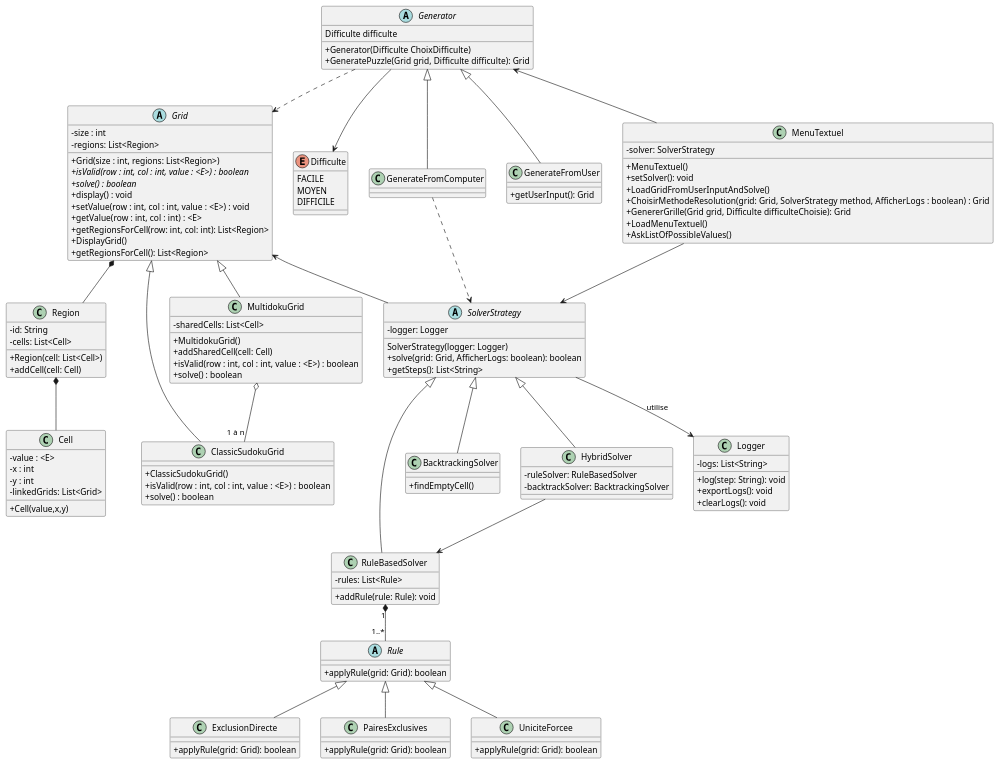
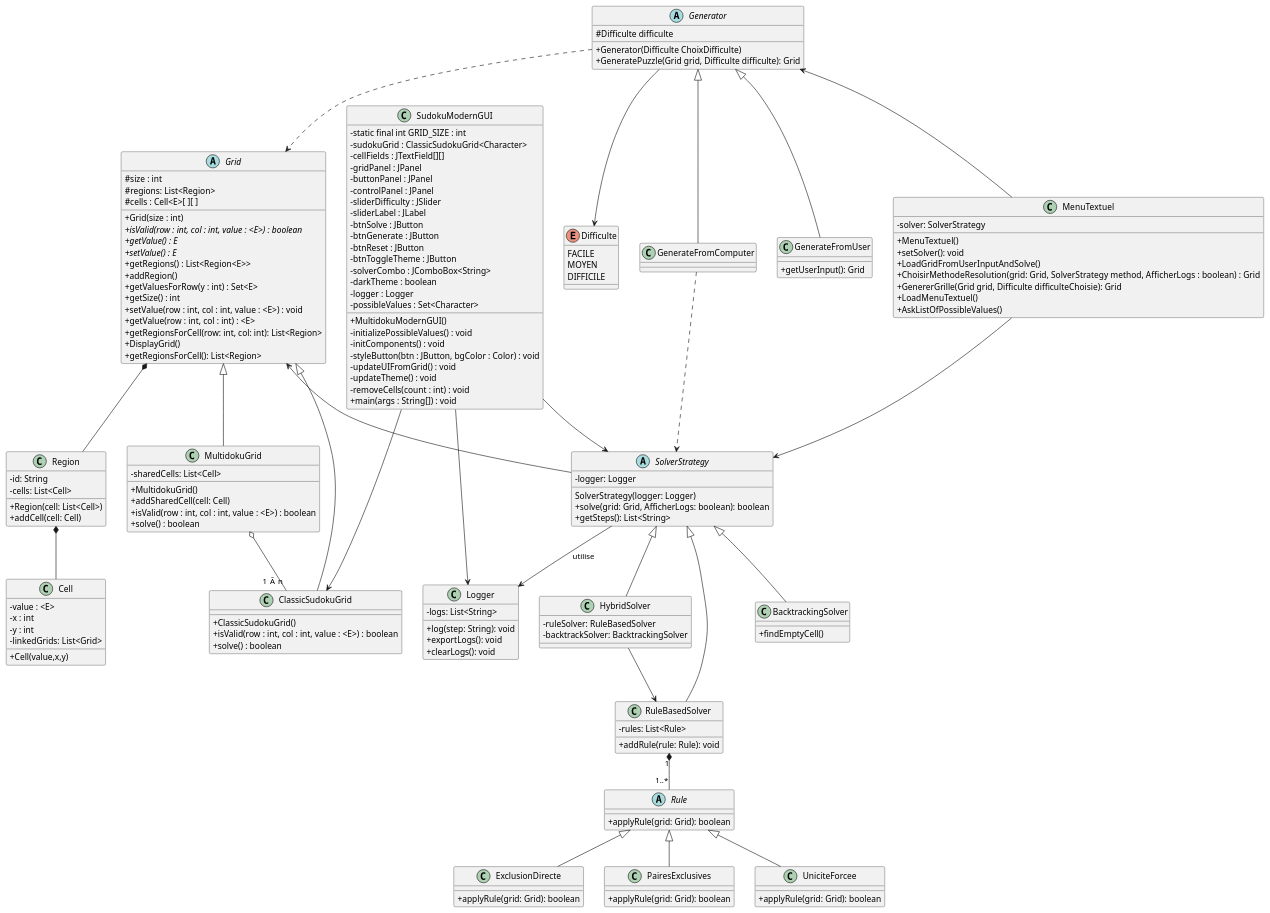
One commit to PolytechLyon/SudokuAPO changed the diagram in ClassDiagram.puml. Above: the diagram before and after it, drawn with PlantUML. The commit also changed 1 other file, not shown here.

```diff
--- a/ClassDiagram.puml
+++ b/ClassDiagram.puml
@@ -1,149 +1,185 @@
 @startuml
 skinparam classAttributeIconSize 0
 'https://plantuml.com/class-diagram
 
 abstract class Grid{
-    - size : int
-    - regions: List<Region>
-    + Grid(size : int, regions: List<Region>)
+    # size : int
+    # regions: List<Region>
+    # cells : Cell<E>[ ][ ]
+    + Grid(size : int)
     + {abstract} isValid(row : int, col : int, value : <E>) : boolean
-    + {abstract} solve() : boolean
-    + display() : void
+    + {abstract} getValue() : E
+    + {abstract} setValue() : E
+    + getRegions() : List<Region<E>>
+    + addRegion()
+    + getValuesForRow(y : int) : Set<E>
+    + getSize() : int
     + setValue(row : int, col : int, value : <E>) : void
     + getValue(row : int, col : int) : <E>
     + getRegionsForCell(row: int, col: int): List<Region>
     + DisplayGrid()
     + getRegionsForCell(): List<Region>
 }
 
 class Region {
     - id: String
     - cells: List<Cell>
     +Region(cell: List<Cell>)
     + addCell(cell: Cell)
 }
 
 class Cell {
     -value : <E>
     -x : int
     -y : int
     - linkedGrids: List<Grid>
     +Cell(value,x,y)
 }
 
 class ClassicSudokuGrid{
     + ClassicSudokuGrid()
     + isValid(row : int, col : int, value : <E>) : boolean
     + solve() : boolean
 }
 
 class MultidokuGrid{
     - sharedCells: List<Cell>
     + MultidokuGrid()
     + addSharedCell(cell: Cell)
     + isValid(row : int, col : int, value : <E>) : boolean
     + solve() : boolean
 }
 
 abstract class Rule {
     + applyRule(grid: Grid): boolean
 }
 class ExclusionDirecte extends Rule {
     + applyRule(grid: Grid): boolean
 }
 class PairesExclusives extends Rule {
     + applyRule(grid: Grid): boolean
 }
 class UniciteForcee extends Rule {
     + applyRule(grid: Grid): boolean
 }
 
 enum Difficulte{
     FACILE
     MOYEN
     DIFFICILE
 }
 
 Generator --> Difficulte
 
 Abstract class Generator {
-    Difficulte difficulte
+    # Difficulte difficulte
     + Generator(Difficulte ChoixDifficulte)
     +GeneratePuzzle(Grid grid, Difficulte difficulte): Grid
 }
 Generator ..> Grid
 
 class GenerateFromComputer extends Generator{
 }
 
 class GenerateFromUser extends Generator{
     + getUserInput(): Grid
 }
 
 class MenuTextuel {
     - solver: SolverStrategy
     +MenuTextuel()
     + setSolver(): void
     +LoadGridFromUserInputAndSolve()
     +ChoisirMethodeResolution(grid: Grid, SolverStrategy method, AfficherLogs : boolean) : Grid
     +GenererGrille(Grid grid, Difficulte difficulteChoisie): Grid
     +LoadMenuTextuel()
     +AskListOfPossibleValues()
 }
 
 MenuTextuel --> SolverStrategy
 
 
 
 class RuleBasedSolver {
     - rules: List<Rule>
     + addRule(rule: Rule): void
 }
 
 class BacktrackingSolver {
     +findEmptyCell()
 }
 
 class HybridSolver {
     - ruleSolver: RuleBasedSolver
     - backtrackSolver: BacktrackingSolver
 }
 
 class Logger {
     - logs: List<String>
     + log(step: String): void
     + exportLogs(): void
     + clearLogs(): void
 }
 
 abstract class SolverStrategy {
     - logger: Logger
     SolverStrategy(logger: Logger)
     + solve(grid: Grid, AfficherLogs: boolean): boolean
     + getSteps(): List<String>
 }
 
+class SudokuModernGUI {
+  - static final int GRID_SIZE : int
+  - sudokuGrid : ClassicSudokuGrid<Character>
+  - cellFields : JTextField[][]
+  - gridPanel : JPanel
+  - buttonPanel : JPanel
+  - controlPanel : JPanel
+  - sliderDifficulty : JSlider
+  - sliderLabel : JLabel
+  - btnSolve : JButton
+  - btnGenerate : JButton
+  - btnReset : JButton
+  - btnToggleTheme : JButton
+  - solverCombo : JComboBox<String>
+  - darkTheme : boolean
+  - logger : Logger
+  - possibleValues : Set<Character>
+  + MultidokuModernGUI()
+  - initializePossibleValues() : void
+  - initComponents() : void
+  - styleButton(btn : JButton, bgColor : Color) : void
+  - updateUIFromGrid() : void
+  - updateTheme() : void
+  - removeCells(count : int) : void
+  + main(args : String[]) : void
+}
+
 SolverStrategy --> Logger : utilise
 
 Generator<--MenuTextuel
 
 Grid <|-- MultidokuGrid
 Grid <|-- ClassicSudokuGrid
 Grid *-- Region
 Grid <-- SolverStrategy
 
 GenerateFromComputer ..> SolverStrategy
 
-MultidokuGrid o-- "1 à n" ClassicSudokuGrid
+MultidokuGrid o-- "1 Ã  n" ClassicSudokuGrid
 
 Region *-- Cell
 
 SolverStrategy <|-- RuleBasedSolver
 SolverStrategy <|-- HybridSolver
 SolverStrategy <|-- BacktrackingSolver
 RuleBasedSolver "1" *-- "1..*" Rule
 HybridSolver --> RuleBasedSolver
+SudokuModernGUI --> ClassicSudokuGrid
+SudokuModernGUI --> Logger
+SudokuModernGUI --> SolverStrategy
+
 
 
 
 @enduml
```
